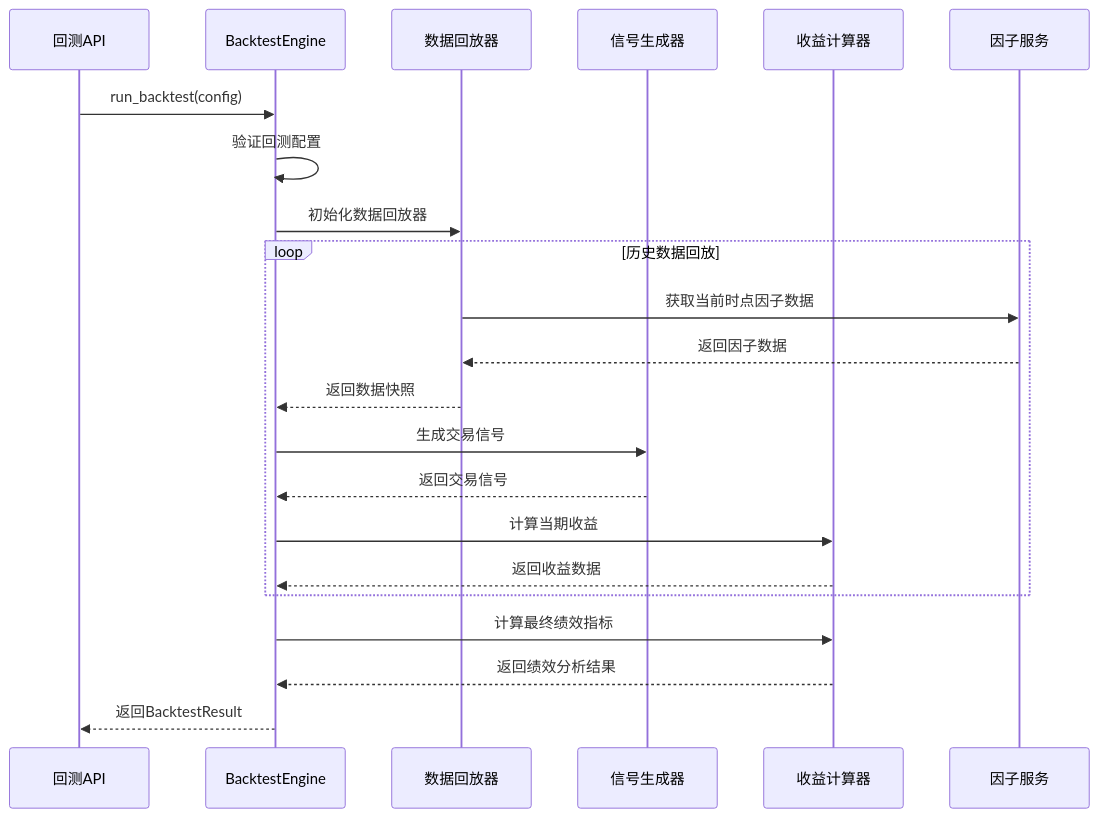
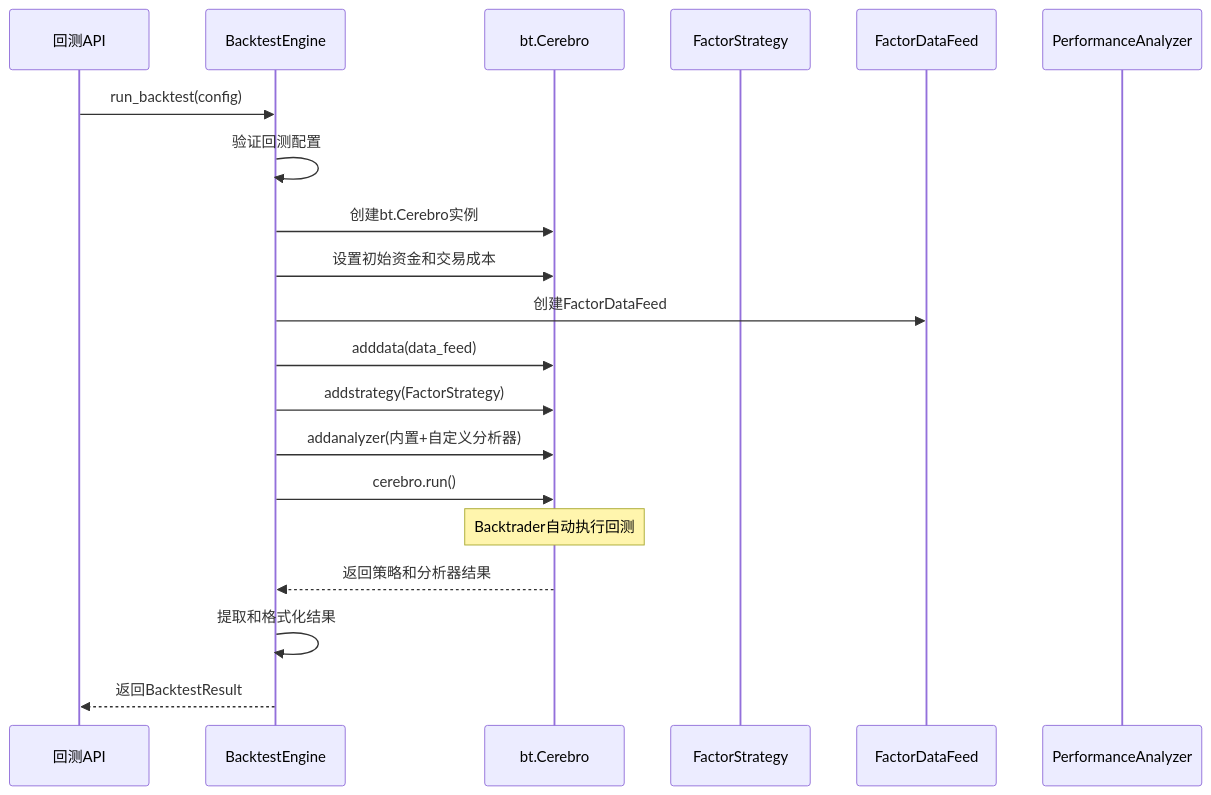
One commit to Casper-Mars/qtrade changed the fifth of 7 diagrams in docs/iteration-3-prediction-model/tasks_backtest_engine.md. Above: the diagram before and after it, drawn with Mermaid. The commit also changed other lines of this file, not shown here.

````diff
--- a/docs/iteration-3-prediction-model/tasks_backtest_engine.md
+++ b/docs/iteration-3-prediction-model/tasks_backtest_engine.md
@@ -164,27 +194,29 @@
     ```mermaid
     sequenceDiagram
         participant API as 回测API
-        participant Engine as BacktestEngine
-        participant Replayer as 数据回放器
-        participant Generator as 信号生成器
-        participant Calculator as 收益计算器
-        participant FactorService as 因子服务
+        participant BE as BacktestEngine
+        participant Cerebro as bt.Cerebro
+        participant Strategy as FactorStrategy
+        participant DataFeed as FactorDataFeed
+        participant Analyzer as PerformanceAnalyzer
         
-        API->>Engine: run_backtest(config)
-        Engine->>Engine: 验证回测配置
-        Engine->>Replayer: 初始化数据回放器
+        API->>BE: run_backtest(config)
+        BE->>BE: 验证回测配置
         
-        loop 历史数据回放
-            Replayer->>FactorService: 获取当前时点因子数据
-            FactorService-->>Replayer: 返回因子数据
-            Replayer-->>Engine: 返回数据快照
-            Engine->>Generator: 生成交易信号
-            Generator-->>Engine: 返回交易信号
-            Engine->>Calculator: 计算当期收益
-            Calculator-->>Engine: 返回收益数据
-        end
+        BE->>Cerebro: 创建bt.Cerebro实例
+        BE->>Cerebro: 设置初始资金和交易成本
         
-        Engine->>Calculator: 计算最终绩效指标
-        Calculator-->>Engine: 返回绩效分析结果
-        Engine-->>API: 返回BacktestResult
+        BE->>DataFeed: 创建FactorDataFeed
+        BE->>Cerebro: adddata(data_feed)
+        
+        BE->>Cerebro: addstrategy(FactorStrategy)
+        BE->>Cerebro: addanalyzer(内置+自定义分析器)
+        
+        BE->>Cerebro: cerebro.run()
+        
+        Note over Cerebro: Backtrader自动执行回测
+        
+        Cerebro-->>BE: 返回策略和分析器结果
+        BE->>BE: 提取和格式化结果
+        BE-->>API: 返回BacktestResult
     ```
````
